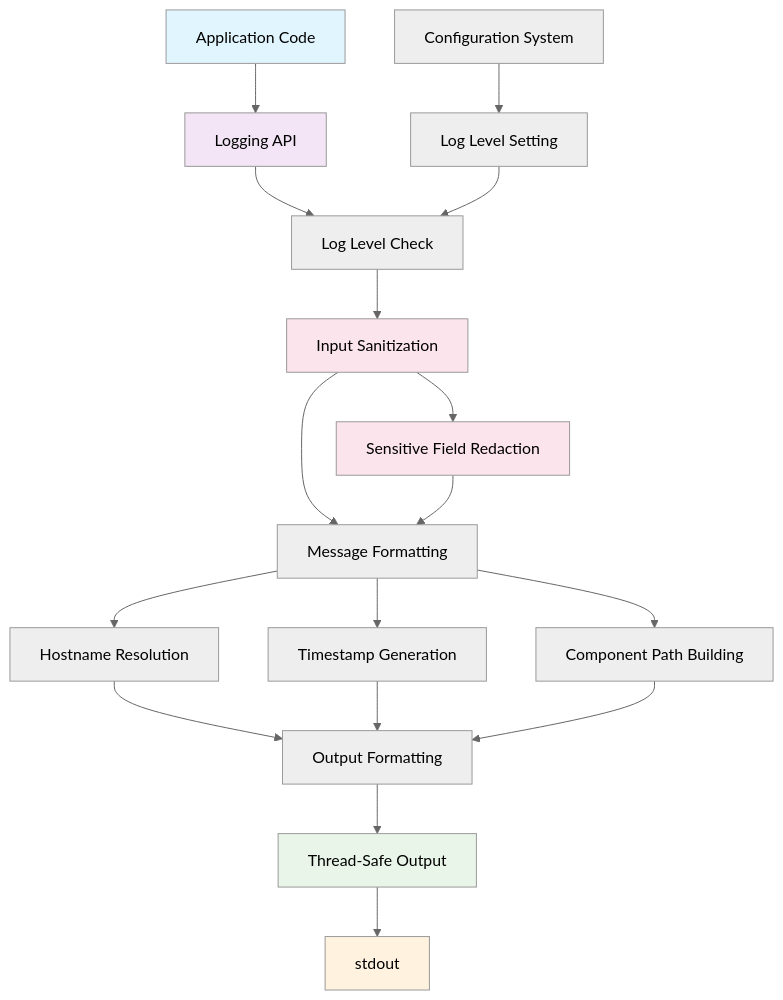
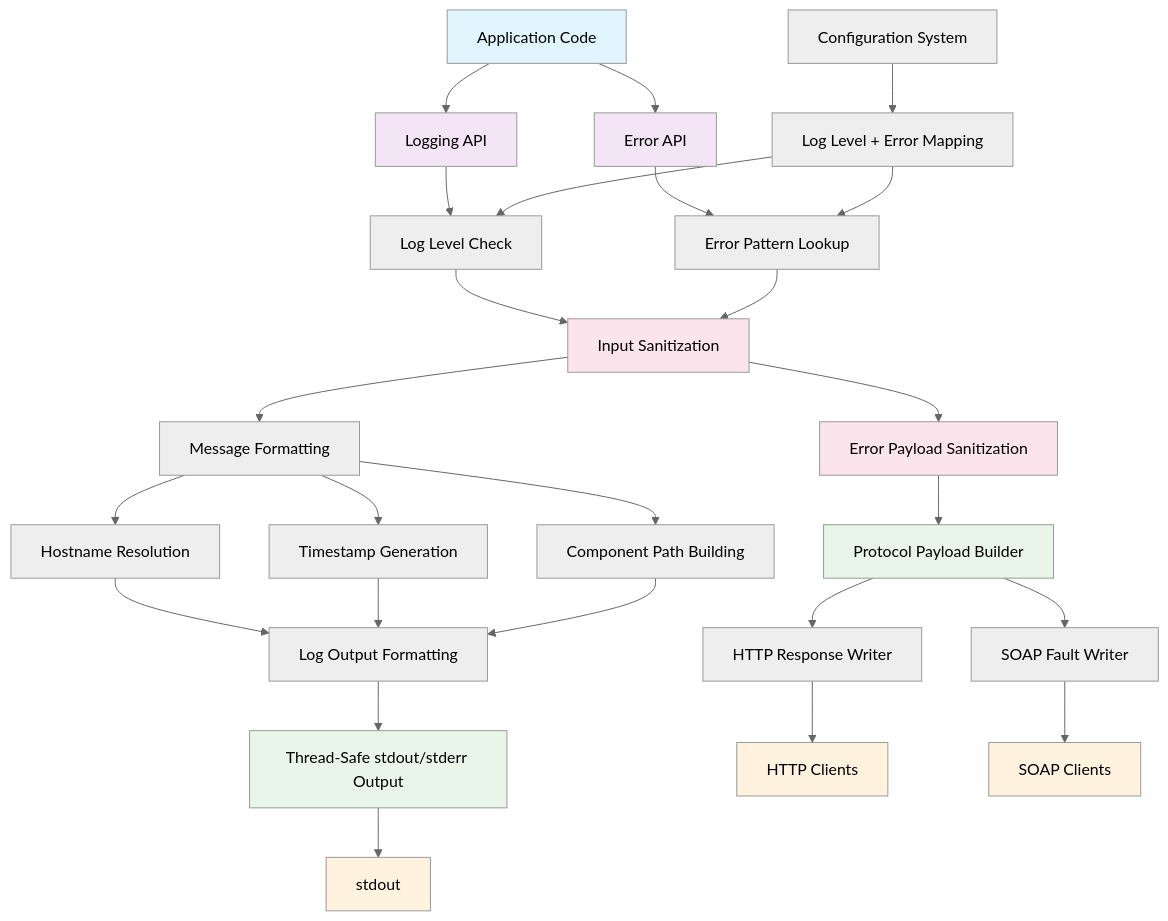
One commit to kkrzysztofik/Anyka_ak3918_hacking_journey changed the diagram in .spec-workflow/specs/logging-unification/design.md. Above: the diagram before and after it, drawn with Mermaid (neutral theme). The commit also changed other lines of this file and 2 other files, not shown here.

First line of the commit message:
Updated specification fologging and error handling systems for ONVIF project

````diff
--- a/.spec-workflow/specs/logging-unification/design.md
+++ b/.spec-workflow/specs/logging-unification/design.md
@@ -70,27 +72,45 @@
 ```mermaid
 graph TD
     A[Application Code] --> B[Logging API]
+    A --> B2[Error API]
+
     B --> C[Log Level Check]
+    B2 --> P[Error Pattern Lookup]
+
     C --> S[Input Sanitization]
+    P --> S
+
     S --> D[Message Formatting]
+    S --> R[Error Payload Sanitization]
+
     D --> E[Hostname Resolution]
     D --> F[Timestamp Generation]
     D --> G[Component Path Building]
-    S --> T[Sensitive Field Redaction]
-    T --> D
-    E --> H[Output Formatting]
+    R --> Q[Protocol Payload Builder]
+
+    E --> H[Log Output Formatting]
     F --> H
     G --> H
-    H --> I[Thread-Safe Output]
+    H --> I[Thread-Safe stdout/stderr Output]
+    Q --> R1[HTTP Response Writer]
+    Q --> R2[SOAP Fault Writer]
+
     I --> J[stdout]
+    R1 --> HTTP[HTTP Clients]
+    R2 --> SOAP[SOAP Clients]
 
-    K[Configuration System] --> L[Log Level Setting]
+    K[Configuration System] --> L[Log Level + Error Mapping]
     L --> C
+    L --> P
 
     style A fill:#e1f5fe
     style B fill:#f3e5f5
+    style B2 fill:#f3e5f5
     style S fill:#fce4ec
-    style T fill:#fce4ec
+    style R fill:#fce4ec
     style I fill:#e8f5e8
+    style Q fill:#e8f5e8
     style J fill:#fff3e0
+    style HTTP fill:#fff3e0
+    style SOAP fill:#fff3e0
 ```
````
